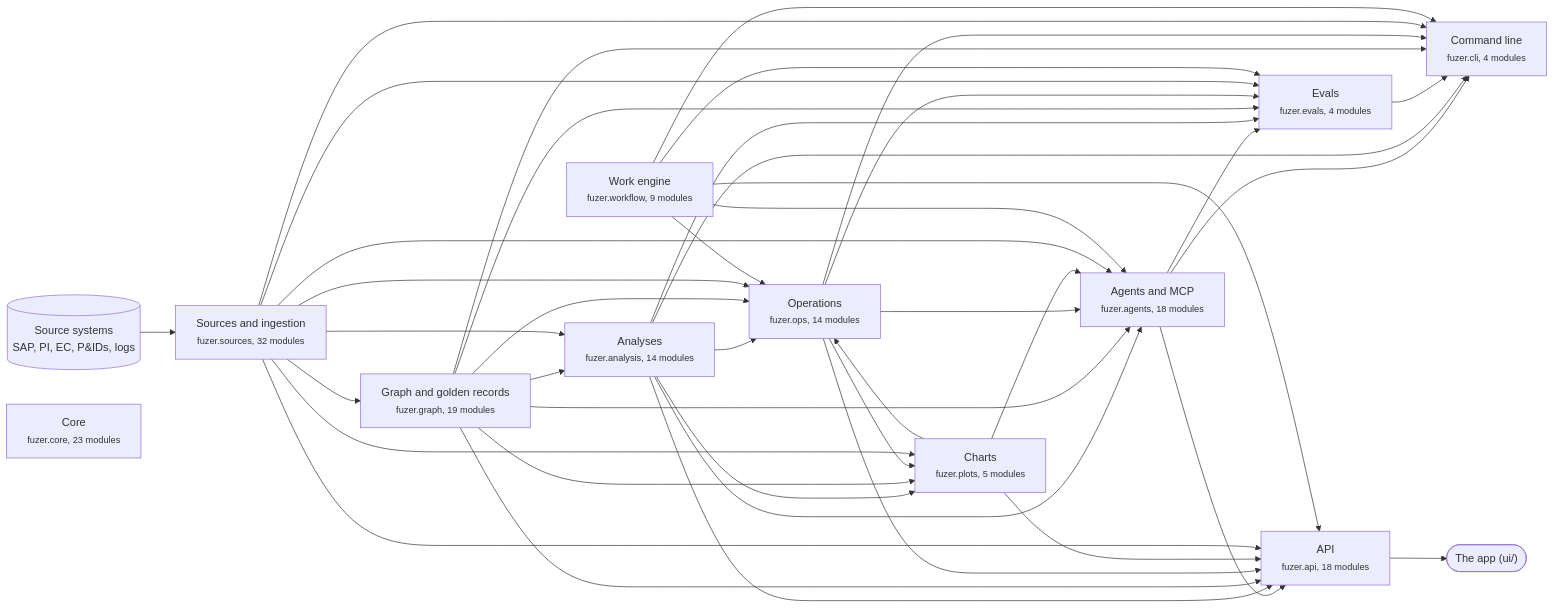
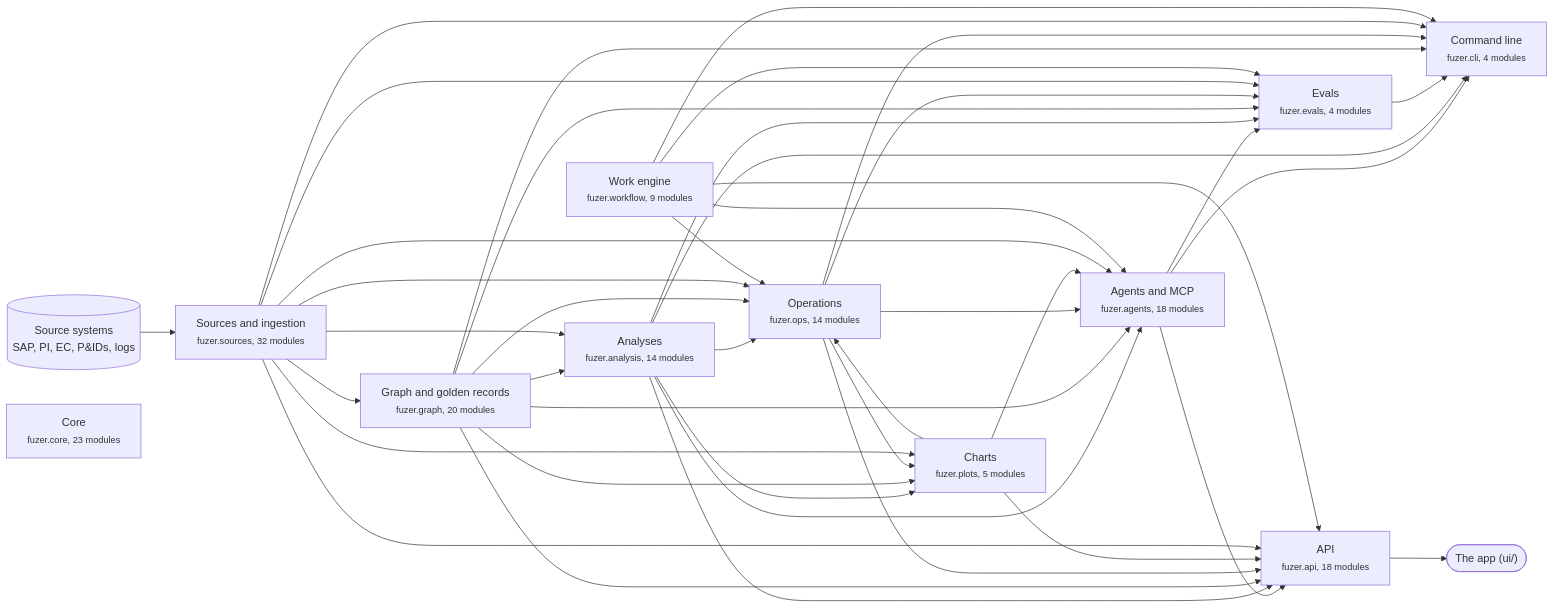
The first of 3 diagrams in docs/architecture.md (areed145/fuzer), drawn with Mermaid before and after one commit. The commit also changed other lines of this file and 10 other files, not shown here.

````diff
--- a/docs/architecture.md
+++ b/docs/architecture.md
@@ -8,66 +8,66 @@
 ```mermaid
 flowchart LR
   systems[("Source systems<br>SAP, PI, EC, P&IDs, logs")] --> c_sources
   app(["The app (ui/)"])
   c_api --> app
   c_sources["Sources and ingestion<br><small>fuzer.sources, 32 modules</small>"]
-  c_graph["Graph and golden records<br><small>fuzer.graph, 19 modules</small>"]
+  c_graph["Graph and golden records<br><small>fuzer.graph, 20 modules</small>"]
   c_analysis["Analyses<br><small>fuzer.analysis, 14 modules</small>"]
   c_ops["Operations<br><small>fuzer.ops, 14 modules</small>"]
   c_plots["Charts<br><small>fuzer.plots, 5 modules</small>"]
   c_workflow["Work engine<br><small>fuzer.workflow, 9 modules</small>"]
   c_agents["Agents and MCP<br><small>fuzer.agents, 18 modules</small>"]
   c_evals["Evals<br><small>fuzer.evals, 4 modules</small>"]
   c_api["API<br><small>fuzer.api, 18 modules</small>"]
   c_cli["Command line<br><small>fuzer.cli, 4 modules</small>"]
   c_core["Core<br><small>fuzer.core, 23 modules</small>"]
   c_sources --> c_graph
   c_graph --> c_analysis
   c_sources --> c_analysis
   c_analysis --> c_ops
   c_graph --> c_ops
   c_plots --> c_ops
   c_sources --> c_ops
   c_workflow --> c_ops
   c_analysis --> c_plots
   c_graph --> c_plots
   c_ops --> c_plots
   c_sources --> c_plots
   c_analysis --> c_agents
   c_graph --> c_agents
   c_ops --> c_agents
   c_plots --> c_agents
   c_sources --> c_agents
   c_workflow --> c_agents
   c_agents --> c_evals
   c_analysis --> c_evals
   c_graph --> c_evals
   c_ops --> c_evals
   c_sources --> c_evals
   c_workflow --> c_evals
   c_agents --> c_api
   c_analysis --> c_api
   c_graph --> c_api
   c_ops --> c_api
   c_plots --> c_api
   c_sources --> c_api
   c_workflow --> c_api
   c_agents --> c_cli
   c_analysis --> c_cli
   c_evals --> c_cli
   c_graph --> c_cli
   c_ops --> c_cli
   c_sources --> c_cli
   c_workflow --> c_cli
   click c_sources "https://github.com/areed145/fuzer/tree/main/src/fuzer/sources"
   click c_graph "https://github.com/areed145/fuzer/tree/main/src/fuzer/graph"
   click c_analysis "https://github.com/areed145/fuzer/tree/main/src/fuzer/analysis"
   click c_ops "https://github.com/areed145/fuzer/tree/main/src/fuzer/ops"
   click c_plots "https://github.com/areed145/fuzer/tree/main/src/fuzer/plots"
   click c_workflow "https://github.com/areed145/fuzer/tree/main/src/fuzer/workflow"
   click c_agents "https://github.com/areed145/fuzer/tree/main/src/fuzer/agents"
   click c_evals "https://github.com/areed145/fuzer/tree/main/src/fuzer/evals"
   click c_api "https://github.com/areed145/fuzer/tree/main/src/fuzer/api"
   click c_cli "https://github.com/areed145/fuzer/tree/main/src/fuzer/cli"
   click c_core "https://github.com/areed145/fuzer/tree/main/src/fuzer/core"
 ```
````
